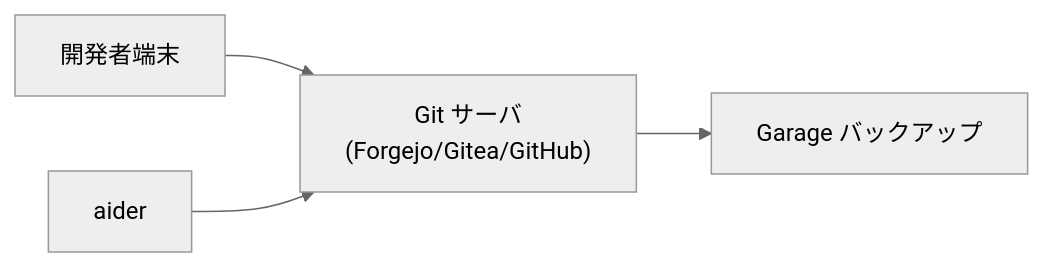
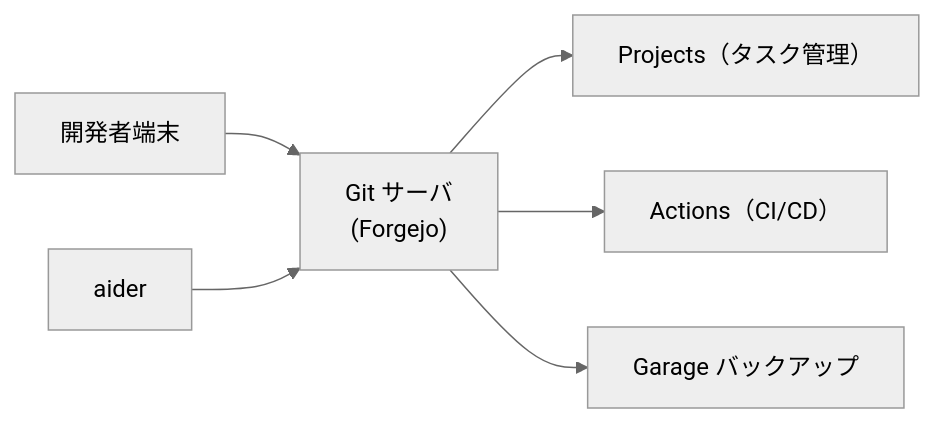
Before and after one commit to BossApe/lo-vibe: the first of 2 diagrams in _document/001.提案・要求仕様フェーズ/002.インフラ構成案/002-09.Gitサーバ.md, drawn with Mermaid (neutral theme). The commit also changed other lines of this file and 38 other files, not shown here.

````diff
--- a/_document/001.提案・要求仕様フェーズ/002.インフラ構成案/002-09.Gitサーバ.md
+++ b/_document/001.提案・要求仕様フェーズ/002.インフラ構成案/002-09.Gitサーバ.md
@@ -62,6 +68,8 @@
 ```mermaid
 flowchart LR
-    D[開発者端末] --> G["Git サーバ<br>(Forgejo/Gitea/GitHub)"]
+    D[開発者端末] --> G["Git サーバ<br>(Forgejo)"]
     A[aider] --> G
+    G --> P[Projects（タスク管理）]
+    G --> C[Actions（CI/CD）]
     G --> M[Garage バックアップ]
 ```
````
